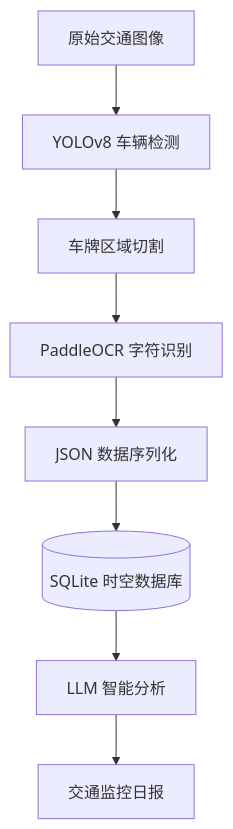
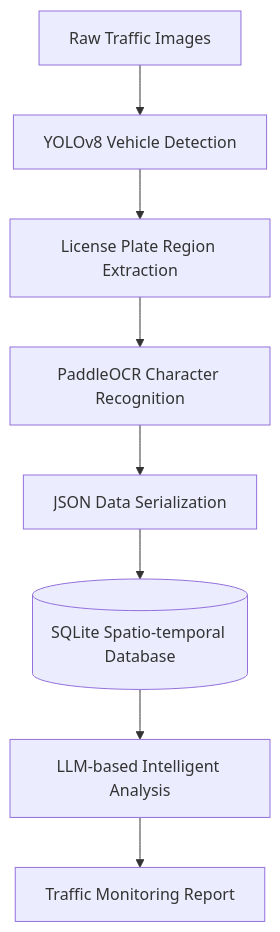
One commit to wyyyz-web/Traffic-Agent changed the diagram in README.md. Above: the diagram before and after it, drawn with Mermaid. The commit also changed other lines of this file, not shown here.

````diff
--- a/README.md
+++ b/README.md
@@ -13,10 +13,10 @@
 ```mermaid
 graph TD
-    A[原始交通图像] --> B[YOLOv8 车辆检测]
-    B --> C[车牌区域切割]
-    C --> D[PaddleOCR 字符识别]
-    D --> E[JSON 数据序列化]
-    E --> F[(SQLite 时空数据库)]
-    F --> G[LLM 智能分析]
-    G --> H[交通监控日报]
+    A[Raw Traffic Images] --> B[YOLOv8 Vehicle Detection]
+    B --> C[License Plate Region Extraction]
+    C --> D[PaddleOCR Character Recognition]
+    D --> E[JSON Data Serialization]
+    E --> F[(SQLite Spatio-temporal Database)]
+    F --> G[LLM-based Intelligent Analysis]
+    G --> H[Traffic Monitoring Report]
 ```
````
